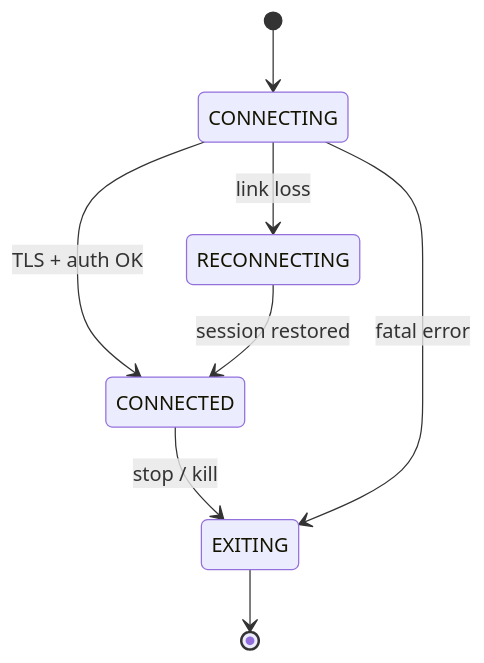
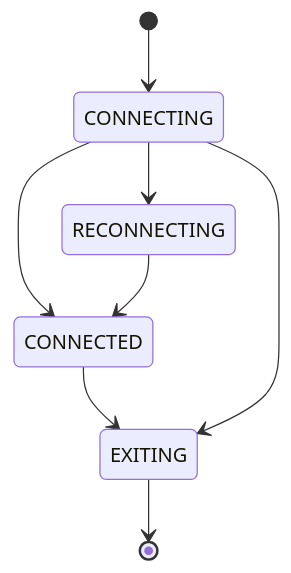
Before and after one commit to roto31/Tunnel-Monitor---Universal: the second of 3 diagrams in docs/vpn-solutions/openvpn.md, drawn with Mermaid. The commit also changed other lines of this file and 22 other files, not shown here.

````diff
--- a/docs/vpn-solutions/openvpn.md
+++ b/docs/vpn-solutions/openvpn.md
@@ -55,10 +31,10 @@
 ```mermaid
 stateDiagram-v2
     [*] --> CONNECTING
-    CONNECTING --> CONNECTED: TLS + auth OK
-    CONNECTING --> RECONNECTING: link loss
-    RECONNECTING --> CONNECTED: session restored
-    CONNECTED --> EXITING: stop / kill
-    CONNECTING --> EXITING: fatal error
+    CONNECTING --> CONNECTED
+    CONNECTING --> RECONNECTING
+    RECONNECTING --> CONNECTED
+    CONNECTED --> EXITING
+    CONNECTING --> EXITING
     EXITING --> [*]
 ```
````
